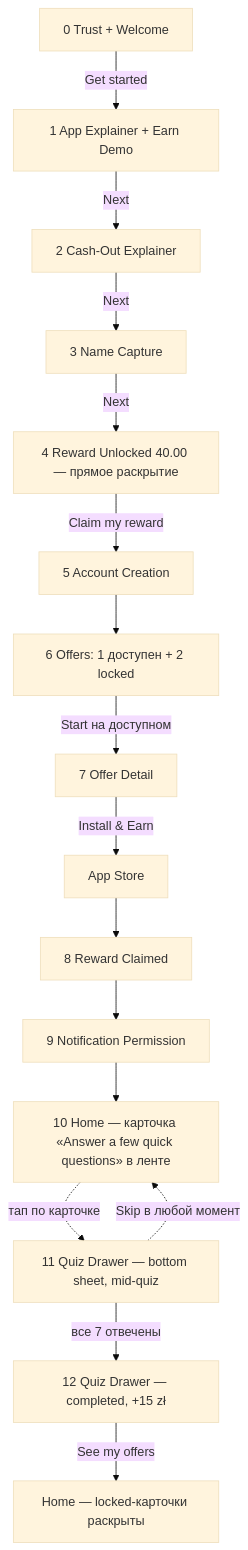
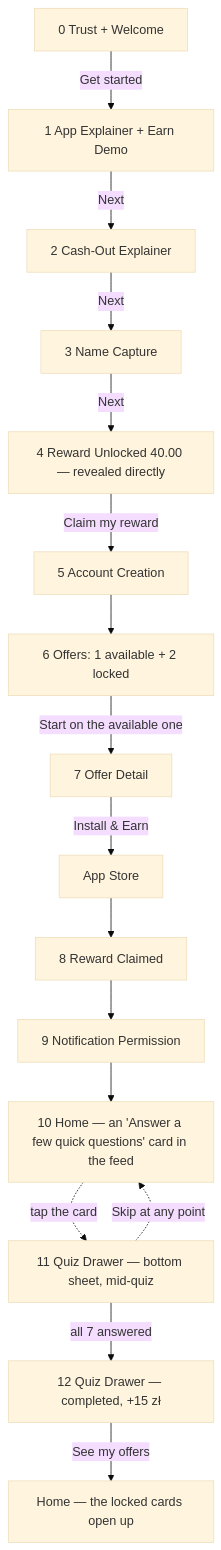
Before and after one commit to Underseamouse/Almedia: the second of 3 diagrams in flow.md, drawn with Mermaid (base theme). The commit also changed other lines of this file and 6 other files, not shown here.

````diff
--- a/flow.md
+++ b/flow.md
@@ -198,18 +214,18 @@
 ```mermaid
 flowchart TD
     S0[0 Trust + Welcome] -->|Get started| S1[1 App Explainer + Earn Demo]
     S1 -->|Next| S2[2 Cash-Out Explainer]
     S2 -->|Next| S3[3 Name Capture]
-    S3 -->|Next| S4[4 Reward Unlocked 40.00 — прямое раскрытие]
+    S3 -->|Next| S4[4 Reward Unlocked 40.00 — revealed directly]
     S4 -->|Claim my reward| S5[5 Account Creation]
-    S5 --> S6[6 Offers: 1 доступен + 2 locked]
-    S6 -->|Start на доступном| S7[7 Offer Detail]
+    S5 --> S6[6 Offers: 1 available + 2 locked]
+    S6 -->|Start on the available one| S7[7 Offer Detail]
     S7 -->|Install & Earn| APPSTORE[App Store]
     APPSTORE --> S8[8 Reward Claimed]
     S8 --> S9[9 Notification Permission]
-    S9 --> S10[10 Home — карточка «Answer a few quick questions» в ленте]
-    S10 -.->|тап по карточке| S11[11 Quiz Drawer — bottom sheet, mid-quiz]
-    S11 -.->|Skip в любой момент| S10
-    S11 -->|все 7 отвечены| S12[12 Quiz Drawer — completed, +15 zł]
-    S12 -->|See my offers| S10B[Home — locked-карточки раскрыты]
+    S9 --> S10[10 Home — an 'Answer a few quick questions' card in the feed]
+    S10 -.->|tap the card| S11[11 Quiz Drawer — bottom sheet, mid-quiz]
+    S11 -.->|Skip at any point| S10
+    S11 -->|all 7 answered| S12[12 Quiz Drawer — completed, +15 zł]
+    S12 -->|See my offers| S10B[Home — the locked cards open up]
 ```
````
